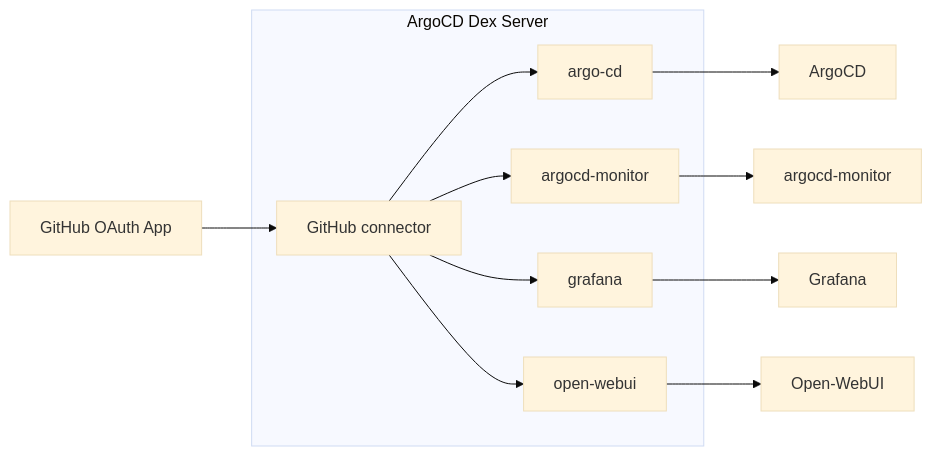
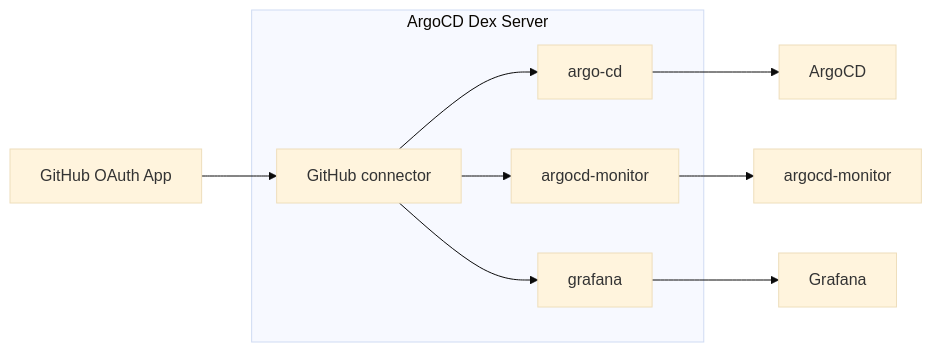
Before and after one commit to gilesknap/tpi-k3s-ansible: the third of 7 diagrams in docs/explanations/authentication.md, drawn with Mermaid (base theme). The commit also changed other lines of this file and 88 other files, not shown here.

First line of the commit message:
Remove rkllama, Open WebUI and llama.cpp

````diff
--- a/docs/explanations/authentication.md
+++ b/docs/explanations/authentication.md
@@ -141,19 +140,17 @@
 ```{mermaid}
 flowchart LR
     GH[GitHub OAuth App]
 
     subgraph Dex["ArgoCD Dex Server"]
         CON[GitHub connector]
         CON --> C1[argo-cd]
         CON --> C2[argocd-monitor]
         CON --> C3[grafana]
-        CON --> C4[open-webui]
     end
 
     GH --> CON
 
     C1 --> ArgoCD
     C2 --> argocd-monitor
     C3 --> Grafana
-    C4 --> Open-WebUI
 ```
````
